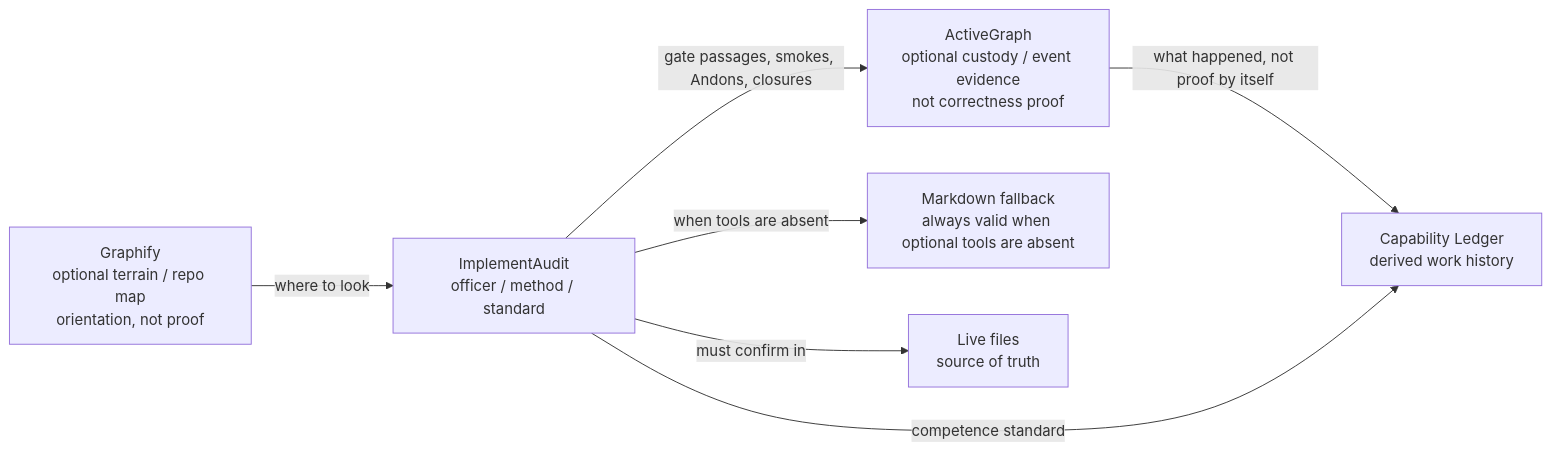
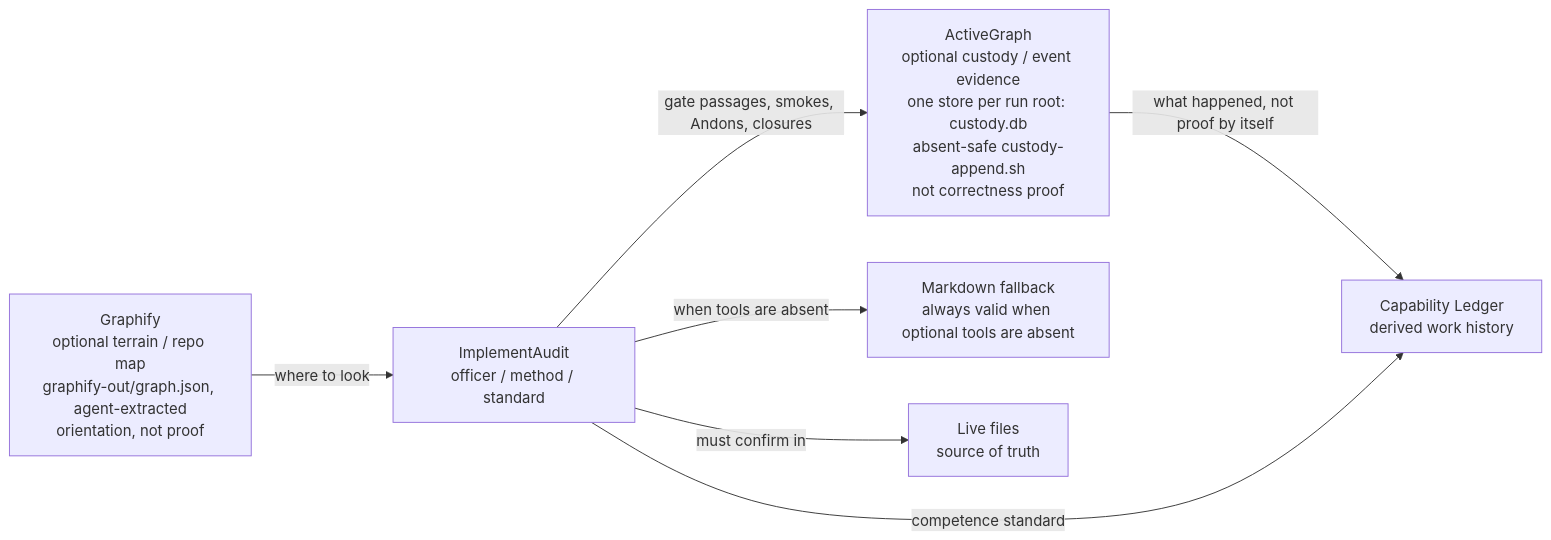
One commit to theislampill/IMPLEMENTAUDIT.md changed the first of 3 diagrams in README.md. Above: the diagram before and after it, drawn with Mermaid. The commit also changed other lines of this file and 78 other files, not shown here.

````diff
--- a/README.md
+++ b/README.md
@@ -76,16 +103,16 @@
 ```mermaid
 flowchart LR
   I["ImplementAudit<br/>officer / method / standard"]
-  G["Graphify<br/>optional terrain / repo map<br/>orientation, not proof"]
-  A["ActiveGraph<br/>optional custody / event evidence<br/>not correctness proof"]
+  G["Graphify<br/>optional terrain / repo map<br/>graphify-out/graph.json, agent-extracted<br/>orientation, not proof"]
+  A["ActiveGraph<br/>optional custody / event evidence<br/>one store per run root: custody.db<br/>absent-safe custody-append.sh<br/>not correctness proof"]
   C["Capability Ledger<br/>derived work history"]
   M["Markdown fallback<br/>always valid when optional tools are absent"]
   L["Live files<br/>source of truth"]
 
   G -->|where to look| I
   I -->|must confirm in| L
   I -->|gate passages, smokes, Andons, closures| A
   A -->|what happened, not proof by itself| C
   I -->|competence standard| C
   I -->|when tools are absent| M
 ```
````
